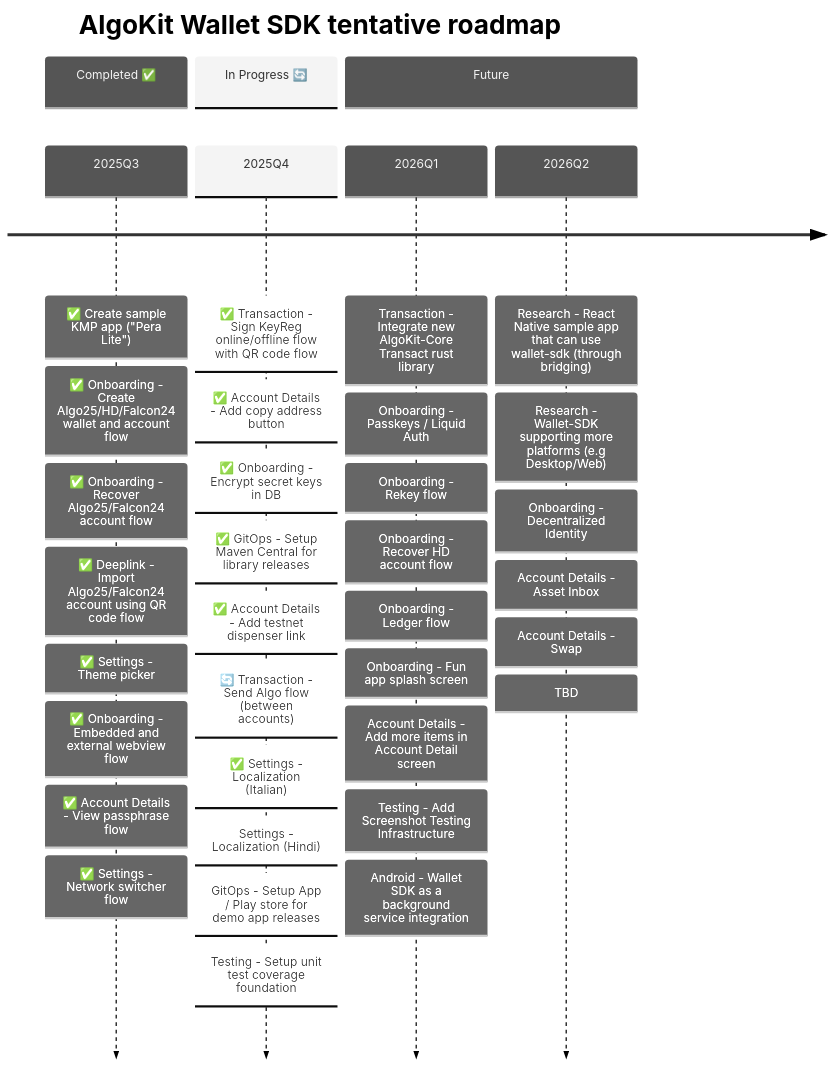
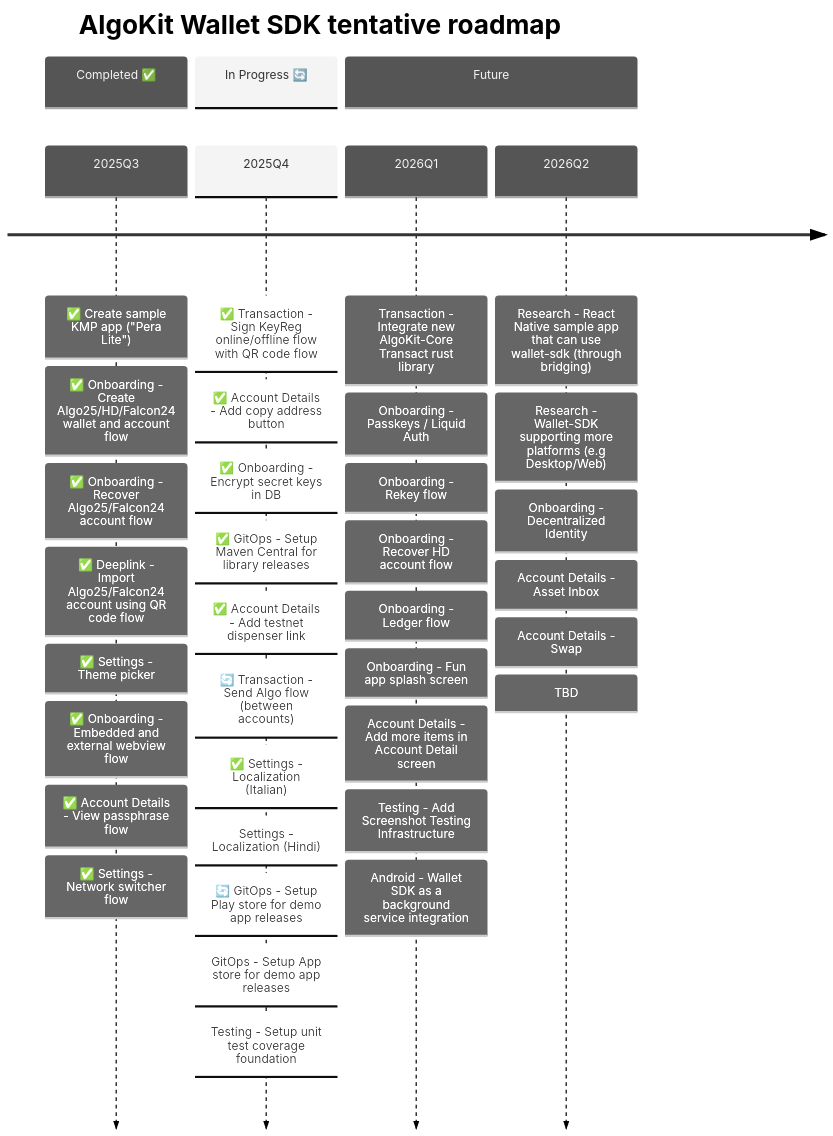
Before and after one commit to michaeltchuang/algokit-walletsdk-kmp: the second of 3 diagrams in README.md, drawn with Mermaid. The commit also changed other lines of this file and 11 other files, not shown here.

````diff
--- a/README.md
+++ b/README.md
@@ -52,47 +52,48 @@
 ```mermaid
 ---
 config:
   theme: 'neutral'
 ---
 timeline
     title AlgoKit Wallet SDK tentative roadmap
 
     section Completed ✅
     2025Q3  : ✅ Create sample KMP app ("Pera Lite")
             : ✅ Onboarding - Create Algo25/HD/Falcon24 wallet and account flow
             : ✅ Onboarding - Recover Algo25/Falcon24 account flow
             : ✅ Deeplink - Import Algo25/Falcon24 account using QR code flow
             : ✅ Settings - Theme picker
             : ✅ Onboarding - Embedded and external webview flow
             : ✅ Account Details - View passphrase flow
             : ✅ Settings - Network switcher flow
 
     section In Progress 🔄
     2025Q4  : ✅ Transaction - Sign KeyReg online/offline flow with QR code flow
             : ✅ Account Details - Add copy address button
             : ✅ Onboarding - Encrypt secret keys in DB
             : ✅ GitOps - Setup Maven Central for library releases
             : ✅ Account Details - Add testnet dispenser link
             : 🔄 Transaction - Send Algo flow (between accounts)
             : ✅ Settings - Localization (Italian)
             : Settings - Localization (Hindi)
-            : GitOps - Setup App / Play store for demo app releases
+            : 🔄 GitOps - Setup Play store for demo app releases
+            : GitOps - Setup App store for demo app releases
             : Testing - Setup unit test coverage foundation
 
     section Future
     2026Q1  : Transaction - Integrate new AlgoKit-Core Transact rust library
             : Onboarding - Passkeys / Liquid Auth
             : Onboarding - Rekey flow
             : Onboarding - Recover HD account flow
             : Onboarding - Ledger flow
             : Onboarding - Fun app splash screen
             : Account Details - Add more items in Account Detail screen
             : Testing - Add Screenshot Testing Infrastructure
             : Android - Wallet SDK as a background service integration
     2026Q2  : Research - React Native sample app that can use wallet-sdk (through bridging)
             : Research - Wallet-SDK supporting more platforms (e.g Desktop/Web)
             : Onboarding - Decentralized Identity
             : Account Details - Asset Inbox
             : Account Details - Swap
             : TBD
 ```
````
